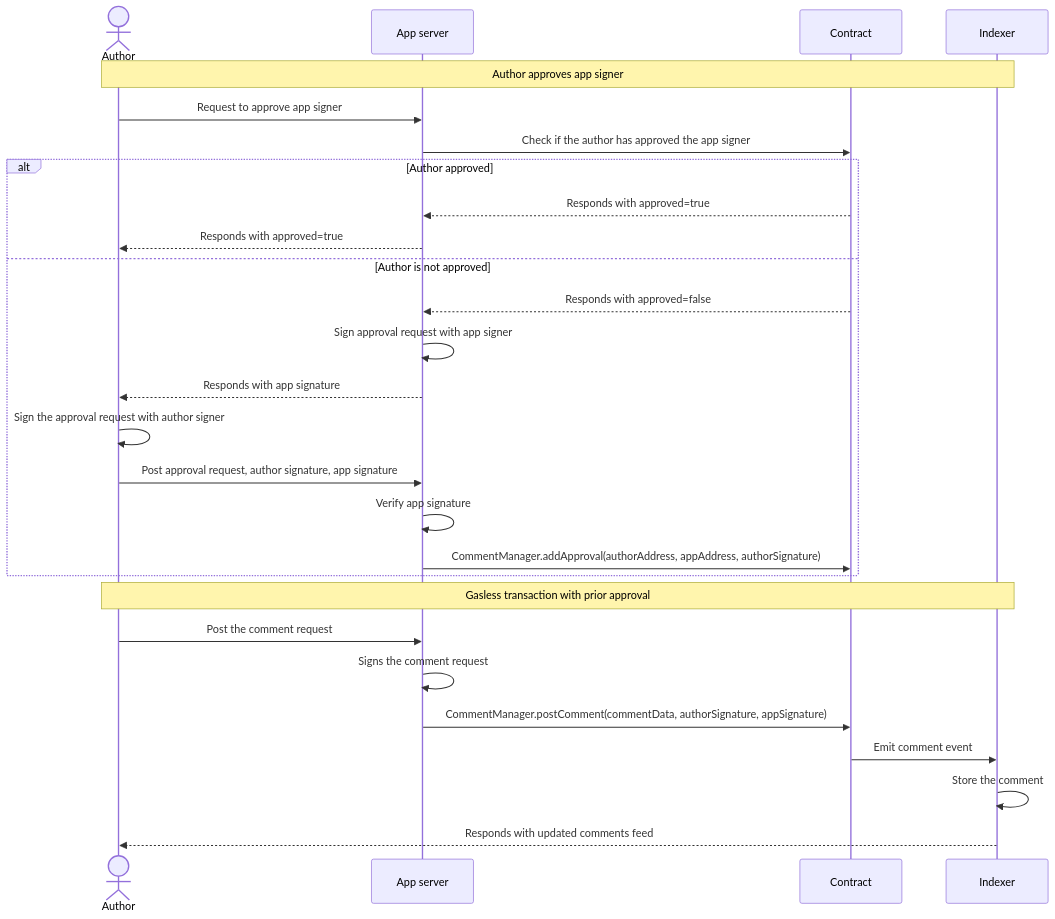
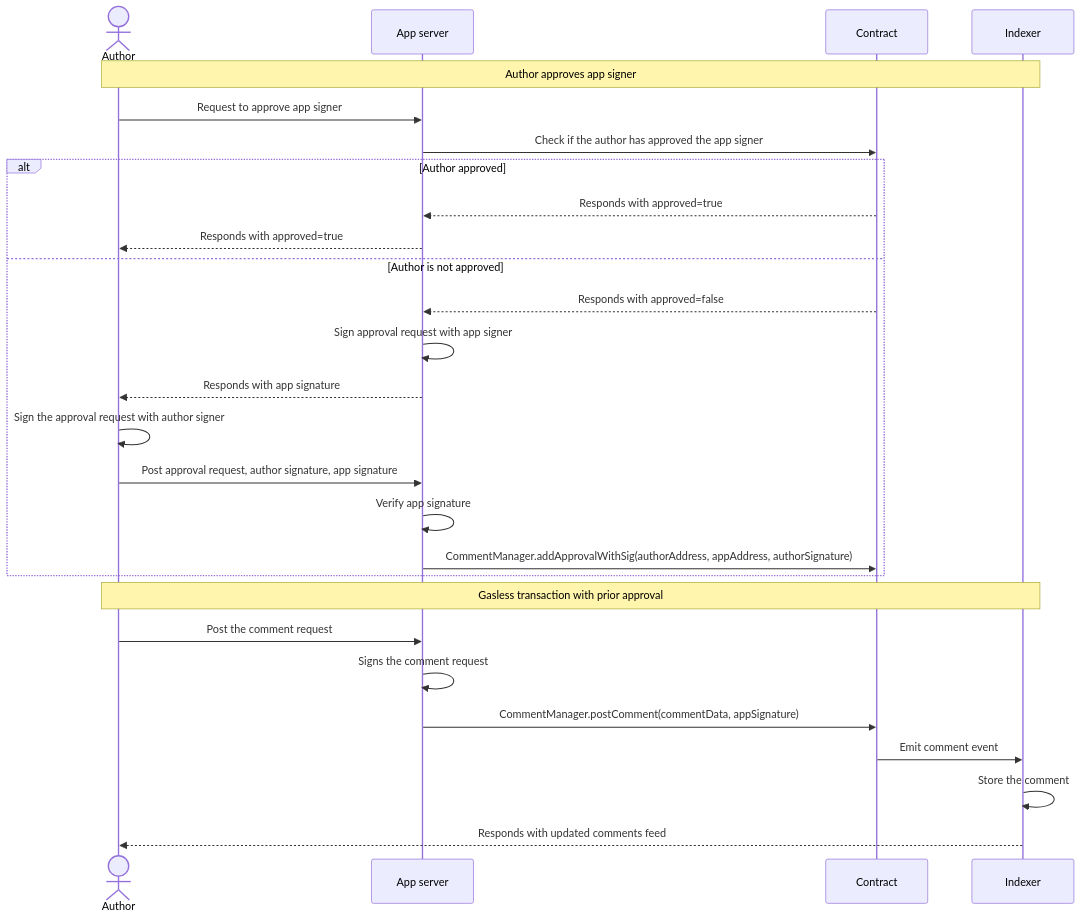
One commit to ecp-eth/comments-monorepo changed the third of 3 diagrams in docs/pages/post-comment-flows.mdx. Above: the diagram before and after it, drawn with Mermaid. The commit also changed other lines of this file and 4 other files, not shown here.

````diff
--- a/docs/pages/post-comment-flows.mdx
+++ b/docs/pages/post-comment-flows.mdx
@@ -82,33 +82,33 @@
 ```mermaid
 sequenceDiagram
     actor Author
     participant App server
     participant Contract
     participant Indexer
 
     %% Flow 3: Gasless transaction with prior approval
     Note over Author,Indexer: Author approves app signer
     Author->>App server: Request to approve app signer
     App server->>Contract: Check if the author has approved the app signer
 
     alt Author approved
         Contract-->>App server: Responds with approved=true
         App server-->>Author: Responds with approved=true
     else Author is not approved
         Contract-->>App server: Responds with approved=false
         App server->>App server: Sign approval request with app signer
         App server-->>Author: Responds with app signature
         Author->>Author: Sign the approval request with author signer
         Author->>App server: Post approval request, author signature, app signature
         App server->>App server: Verify app signature
-        App server->>Contract: CommentManager.addApproval(authorAddress, appAddress, authorSignature)
+        App server->>Contract: CommentManager.addApprovalWithSig(authorAddress, appAddress, authorSignature)
     end
 
     Note over Author,Indexer: Gasless transaction with prior approval
     Author->>App server: Post the comment request
     App server->>App server: Signs the comment request
-    App server->>Contract: CommentManager.postComment(commentData, authorSignature, appSignature)
+    App server->>Contract: CommentManager.postComment(commentData, appSignature)
     Contract->>Indexer: Emit comment event
     Indexer->>Indexer: Store the comment
     Indexer-->>Author: Responds with updated comments feed
 ```
````
